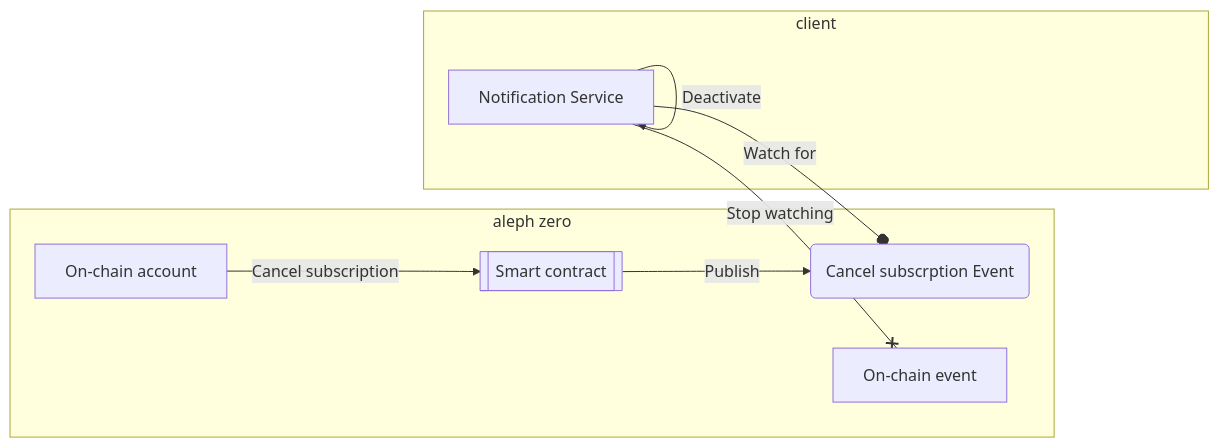
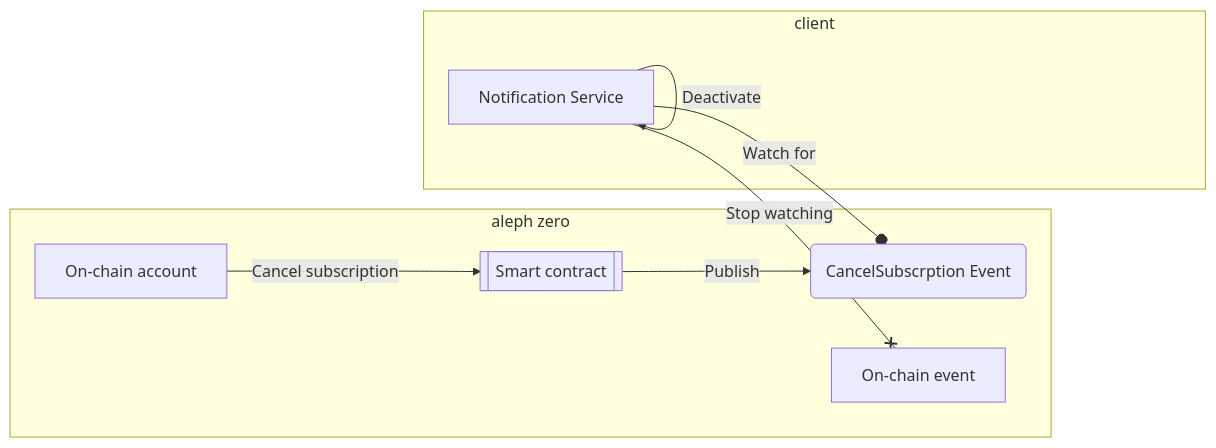
One commit to zedar/aleph-notifications changed the second of 3 diagrams in README.md. Above: the diagram before and after it, drawn with Mermaid. The commit also changed other lines of this file and 3 other files, not shown here.

Commit message:
Improve description of the architecture, update README files

````diff
--- a/README.md
+++ b/README.md
@@ -49,13 +49,13 @@
 ```mermaid
 flowchart LR
     subgraph aleph zero
     A[On-chain account] --Cancel subscription--> SC[[Smart contract]]
-    SC --Publish--> CSUB(Cancel subscrption Event)
+    SC --Publish--> CSUB(CancelSubscrption Event)
     CEVT[On-chain event]
     end
     subgraph client
     NS[Notification Service] --Watch for--oCSUB
     NS --Deactivate-->NS
     NS --Stop watching--xCEVT
     end
 ```
````
